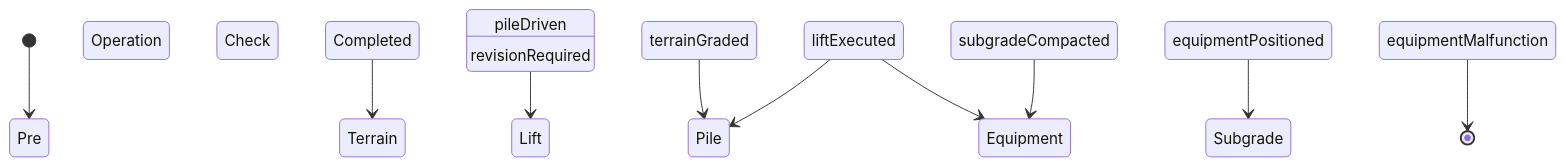
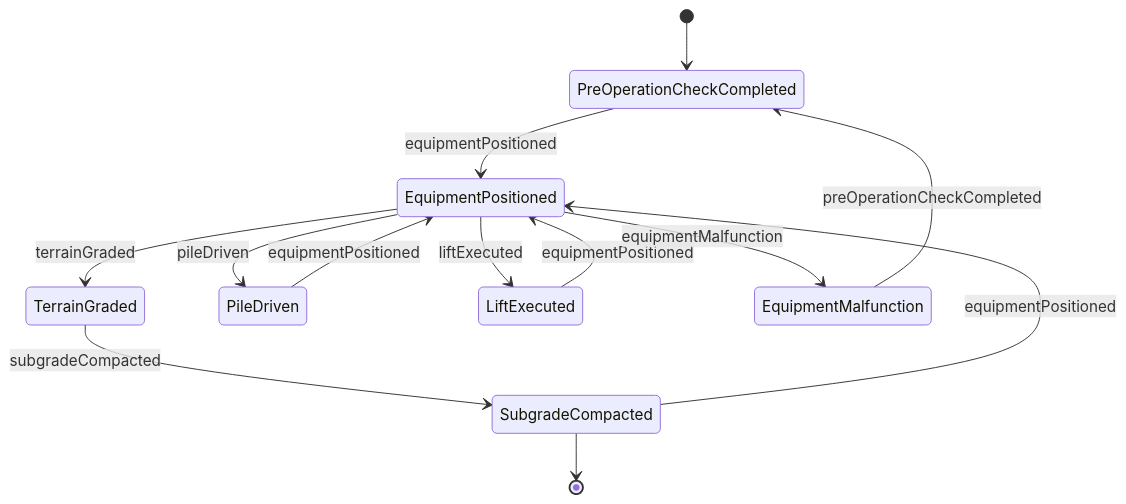
Before and after one commit to dot-org-ai/tasks.org.ai: the second of 4 diagrams in ControllingMachinesAndProcesses/OperateConstructionOrExcavationEquipment/OperateHeavy-dutyConstructionInstallationEquipment.mdx, drawn with Mermaid. The commit also changed other lines of this file and 515 other files, not shown here.

````diff
--- a/ControllingMachinesAndProcesses/OperateConstructionOrExcavationEquipment/OperateHeavy-dutyConstructionInstallationEquipment.mdx
+++ b/ControllingMachinesAndProcesses/OperateConstructionOrExcavationEquipment/OperateHeavy-dutyConstructionInstallationEquipment.mdx
@@ -99,12 +99,15 @@
 ```mermaid
 stateDiagram-v2
-    [*] --> Pre Operation Check Completed
-    Pre Operation Check Completed --> Terrain Graded : terrainGraded
-    Terrain Graded --> Pile Driven : pileDriven
-    Pile Driven --> Lift Executed : liftExecuted
-    Lift Executed --> Equipment Positioned : equipmentPositioned
-    Equipment Positioned --> Subgrade Compacted : subgradeCompacted
-    Subgrade Compacted --> Equipment Malfunction : equipmentMalfunction
-    Lift Executed --> Pile Driven : revisionRequired
-    Equipment Malfunction --> [*]
+    [*] --> PreOperationCheckCompleted
+    PreOperationCheckCompleted --> EquipmentPositioned : equipmentPositioned
+    EquipmentPositioned --> TerrainGraded : terrainGraded
+    EquipmentPositioned --> PileDriven : pileDriven
+    EquipmentPositioned --> LiftExecuted : liftExecuted
+    TerrainGraded --> SubgradeCompacted : subgradeCompacted
+    SubgradeCompacted --> EquipmentPositioned : equipmentPositioned
+    PileDriven --> EquipmentPositioned : equipmentPositioned
+    LiftExecuted --> EquipmentPositioned : equipmentPositioned
+    EquipmentPositioned --> EquipmentMalfunction : equipmentMalfunction
+    EquipmentMalfunction --> PreOperationCheckCompleted : preOperationCheckCompleted
+    SubgradeCompacted --> [*]
 ```
````
